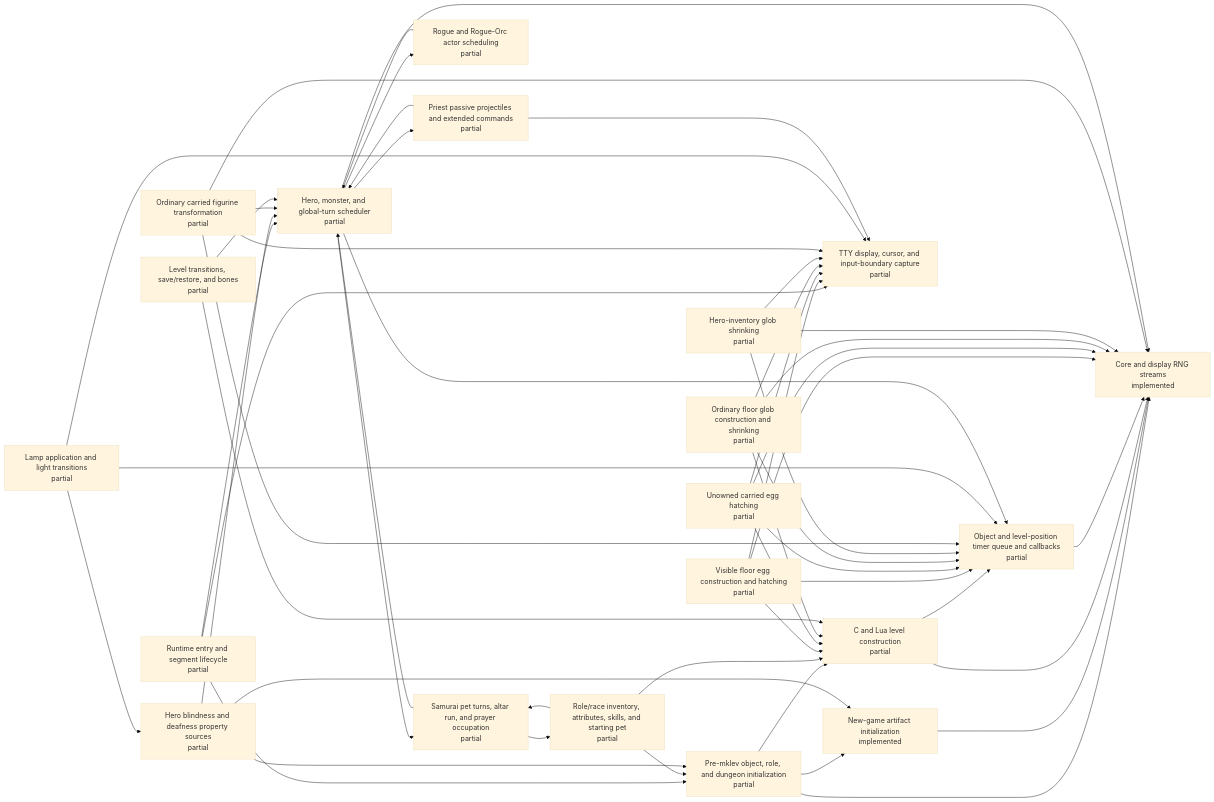
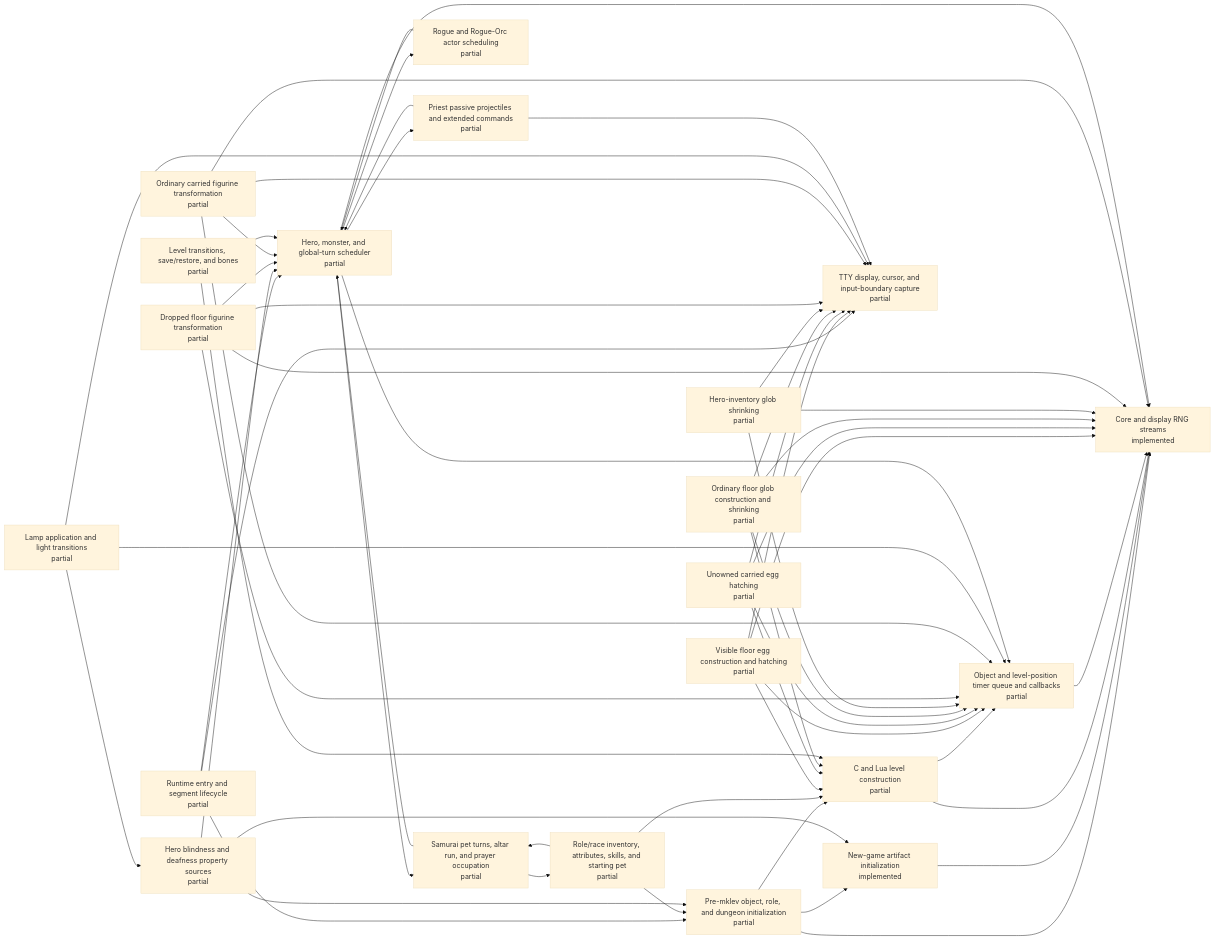
The diagram in docs/architecture/c-lua-ownership.generated.md (daoa0601/teleport-contest), drawn with Mermaid (base theme) before and after one commit. The commit also changed other lines of this file and 3 other files, not shown here.

Commit message:
Record floor figurine transformation ownership

````diff
--- a/docs/architecture/c-lua-ownership.generated.md
+++ b/docs/architecture/c-lua-ownership.generated.md
@@ -11,73 +11,78 @@
 ```mermaid
 flowchart LR
     n_runtime_entry["Runtime entry and segment lifecycle<br/>partial"]
     n_rng_core["Core and display RNG streams<br/>implemented"]
     n_startup_pre_mklev["Pre-mklev object, role, and dungeon initialization<br/>partial"]
     n_startup_artifacts["New-game artifact initialization<br/>implemented"]
     n_startup_role_inventory["Role/race inventory, attributes, skills, and starting pet<br/>partial"]
     n_hero_sensory_properties["Hero blindness and deafness property sources<br/>partial"]
     n_level_generation["C and Lua level construction<br/>partial"]
     n_object_timer_queue["Object and level-position timer queue and callbacks<br/>partial"]
     n_floor_egg_hatching["Visible floor egg construction and hatching<br/>partial"]
     n_carried_egg_hatching["Unowned carried egg hatching<br/>partial"]
     n_floor_glob_shrinking["Ordinary floor glob construction and shrinking<br/>partial"]
     n_inventory_glob_shrinking["Hero-inventory glob shrinking<br/>partial"]
+    n_floor_figurine_transform["Dropped floor figurine transformation<br/>partial"]
     n_carried_figurine_transform["Ordinary carried figurine transformation<br/>partial"]
     n_timed_lamp_application["Lamp application and light transitions<br/>partial"]
     n_turn_scheduler["Hero, monster, and global-turn scheduler<br/>partial"]
     n_samurai_pet_turns["Samurai pet turns, altar run, and prayer occupation<br/>partial"]
     n_rogue_actor_scheduling["Rogue and Rogue-Orc actor scheduling<br/>partial"]
     n_priest_passive_projectiles["Priest passive projectiles and extended commands<br/>partial"]
     n_tty_display["TTY display, cursor, and input-boundary capture<br/>partial"]
     n_level_transition_persistence["Level transitions, save/restore, and bones<br/>partial"]
     n_runtime_entry --> n_startup_pre_mklev
     n_runtime_entry --> n_turn_scheduler
     n_runtime_entry --> n_tty_display
     n_startup_pre_mklev --> n_rng_core
     n_startup_pre_mklev --> n_startup_artifacts
     n_startup_pre_mklev --> n_level_generation
     n_startup_artifacts --> n_rng_core
     n_startup_role_inventory --> n_startup_pre_mklev
     n_startup_role_inventory --> n_level_generation
     n_startup_role_inventory --> n_samurai_pet_turns
     n_hero_sensory_properties --> n_startup_pre_mklev
     n_hero_sensory_properties --> n_startup_artifacts
     n_hero_sensory_properties --> n_turn_scheduler
     n_level_generation --> n_rng_core
     n_level_generation --> n_object_timer_queue
     n_object_timer_queue --> n_rng_core
     n_floor_egg_hatching --> n_rng_core
     n_floor_egg_hatching --> n_level_generation
     n_floor_egg_hatching --> n_object_timer_queue
     n_floor_egg_hatching --> n_tty_display
     n_carried_egg_hatching --> n_rng_core
     n_carried_egg_hatching --> n_level_generation
     n_carried_egg_hatching --> n_object_timer_queue
     n_carried_egg_hatching --> n_tty_display
     n_floor_glob_shrinking --> n_rng_core
     n_floor_glob_shrinking --> n_level_generation
     n_floor_glob_shrinking --> n_object_timer_queue
     n_floor_glob_shrinking --> n_tty_display
     n_inventory_glob_shrinking --> n_rng_core
     n_inventory_glob_shrinking --> n_object_timer_queue
     n_inventory_glob_shrinking --> n_tty_display
+    n_floor_figurine_transform --> n_rng_core
+    n_floor_figurine_transform --> n_object_timer_queue
+    n_floor_figurine_transform --> n_turn_scheduler
+    n_floor_figurine_transform --> n_tty_display
     n_carried_figurine_transform --> n_rng_core
     n_carried_figurine_transform --> n_object_timer_queue
     n_carried_figurine_transform --> n_turn_scheduler
     n_carried_figurine_transform --> n_tty_display
     n_timed_lamp_application --> n_object_timer_queue
     n_timed_lamp_application --> n_hero_sensory_properties
     n_timed_lamp_application --> n_tty_display
     n_turn_scheduler --> n_rng_core
     n_turn_scheduler --> n_object_timer_queue
     n_turn_scheduler --> n_samurai_pet_turns
     n_turn_scheduler --> n_rogue_actor_scheduling
     n_turn_scheduler --> n_priest_passive_projectiles
     n_samurai_pet_turns --> n_turn_scheduler
     n_samurai_pet_turns --> n_startup_role_inventory
     n_rogue_actor_scheduling --> n_turn_scheduler
     n_priest_passive_projectiles --> n_turn_scheduler
     n_priest_passive_projectiles --> n_tty_display
     n_level_transition_persistence --> n_level_generation
     n_level_transition_persistence --> n_turn_scheduler
 ```
````
